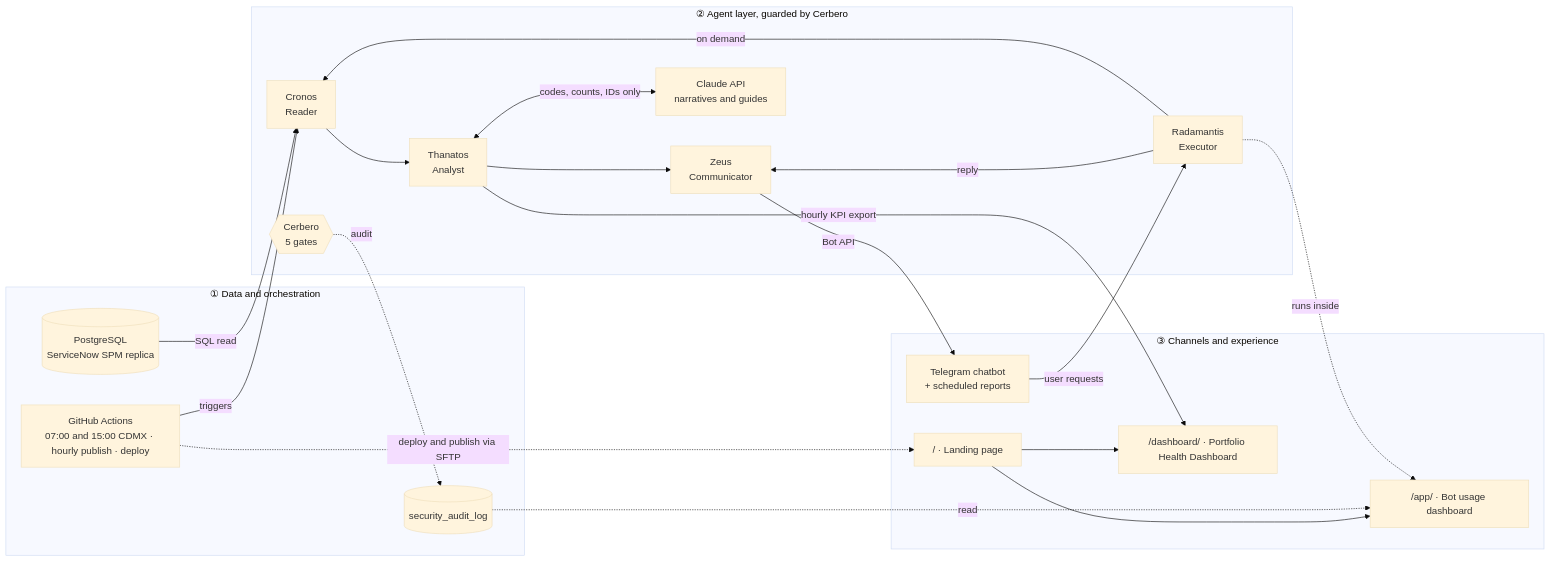
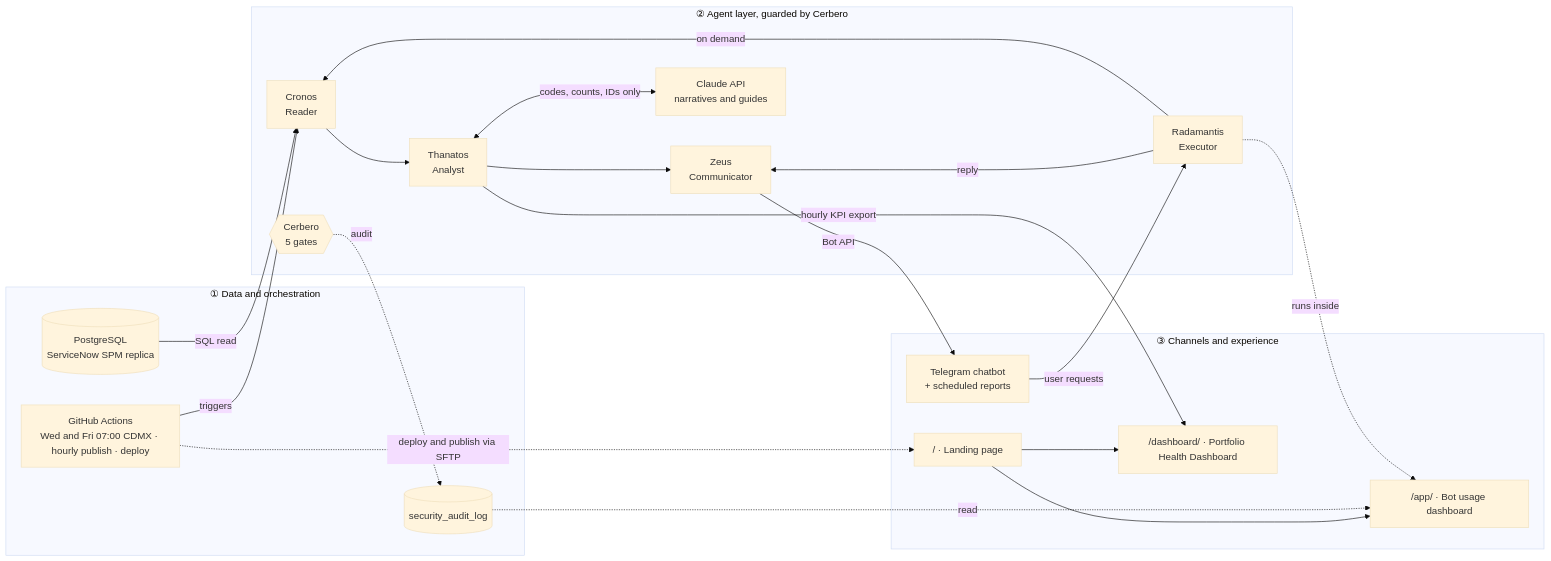
The diagram in docs/prompt_kit/ARCHITECTURE_FOR_LLMS.md (richcruz1981/AI_M8_FinalAssignment_SPM_SR), drawn with Mermaid (base theme) before and after one commit. The commit also changed other lines of this file and 12 other files, not shown here.

````diff
--- a/docs/prompt_kit/ARCHITECTURE_FOR_LLMS.md
+++ b/docs/prompt_kit/ARCHITECTURE_FOR_LLMS.md
@@ -49,38 +49,38 @@
 ```mermaid
 flowchart LR
   subgraph DATA["① Data and orchestration"]
     DB[("PostgreSQL<br/>ServiceNow SPM replica")]
     AUD[(security_audit_log)]
-    GHA["GitHub Actions<br/>07:00 and 15:00 CDMX · hourly publish · deploy"]
+    GHA["GitHub Actions<br/>Wed and Fri 07:00 CDMX · hourly publish · deploy"]
   end
   subgraph AGENTS["② Agent layer, guarded by Cerbero"]
     CR[Cronos<br/>Reader]
     TH[Thanatos<br/>Analyst]
     ZE[Zeus<br/>Communicator]
     RA[Radamantis<br/>Executor]
     CE{{"Cerbero<br/>5 gates"}}
     AI["Claude API<br/>narratives and guides"]
   end
   subgraph CH["③ Channels and experience"]
     TG["Telegram chatbot<br/>+ scheduled reports"]
     APP["/app/ · Bot usage dashboard"]
     DASH["/dashboard/ · Portfolio Health Dashboard"]
     LAND["/ · Landing page"]
   end
   DB -->|SQL read| CR
   CR --> TH
   TH --> ZE
   ZE -->|Bot API| TG
   TG -->|user requests| RA
   RA -->|on demand| CR
   RA -->|reply| ZE
   TH <-->|codes, counts, IDs only| AI
   GHA -->|triggers| CR
   TH -->|hourly KPI export| DASH
   RA -.->|runs inside| APP
   CE -.->|audit| AUD
   AUD -.->|read| APP
   GHA -.->|deploy and publish via SFTP| LAND
   LAND --> APP
   LAND --> DASH
 ```
````
